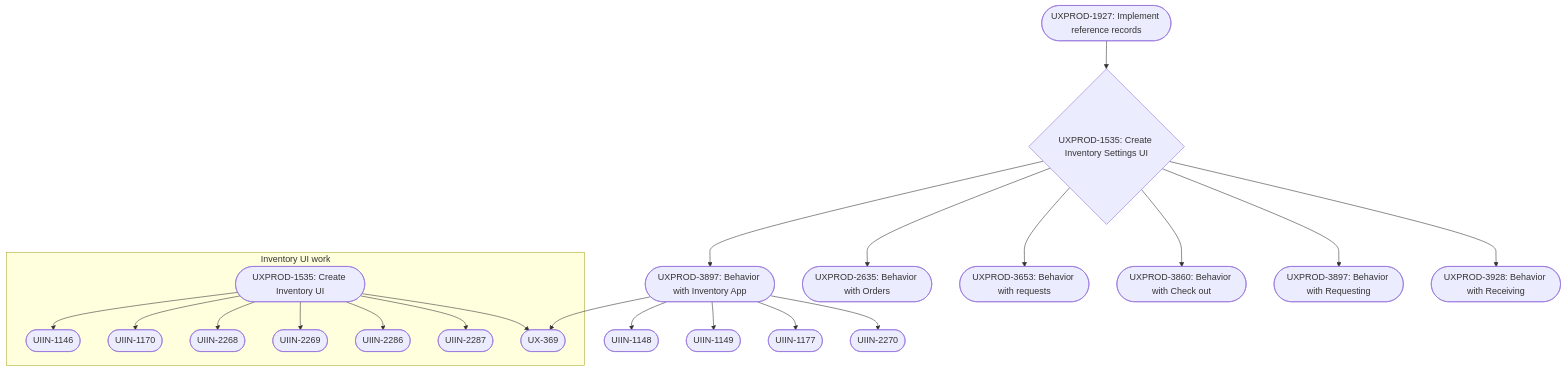
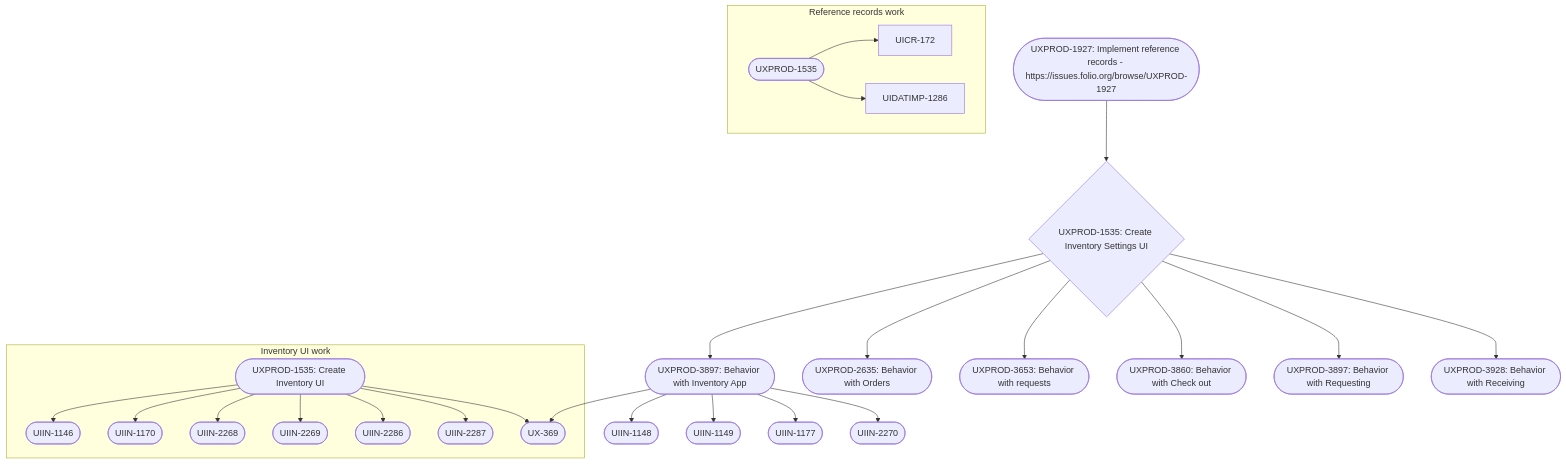
Before and after one commit to enettifee/enettifee.github.io: the diagram in item-status.md, drawn with Mermaid.

````diff
--- a/item-status.md
+++ b/item-status.md
@@ -1,19 +1,23 @@
 ```mermaid
 
 
 flowchart TD
-	id1([UXPROD-1927: Implement reference records]) --> id2{UXPROD-1535: Create Inventory Settings UI}
+	id1([UXPROD-1927: Implement reference records - https://issues.folio.org/browse/UXPROD-1927]) --> id2{UXPROD-1535: Create Inventory Settings UI}
 	id2 --> id8([UXPROD-3897: Behavior with Inventory App]) & id3([UXPROD-2635: Behavior with Orders]) & id4([UXPROD-3653: Behavior with requests]) & id5([UXPROD-3860: Behavior with Check out]) & id6([UXPROD-3897: Behavior with Requesting]) & id7([UXPROD-3928: Behavior with Receiving])
 	id8 --> id9([UIIN-1148]) & id10([UIIN-1149]) & id11([UIIN-1177]) & id12([UIIN-2270]) & id127
 
 	
 
 	subgraph "Inventory UI work"
 	id120([UXPROD-1535: Create Inventory UI]) --> id121([UIIN-1146]) & id122([UIIN-1170]) & id123([UIIN-2268]) & id124([UIIN-2269]) & id125([UIIN-2286]) & id126([UIIN-2287]) & id127([UX-369])
 	end
+	
+	subgraph "Reference records work"
+	id200([UXPROD-1535]) --> UICR-172 & UIDATIMP-1286
+	end
 
 %%	subgraph "To be decided"
 %%	id8([Serials behavior])
 %%	end	
 
 ```
````
